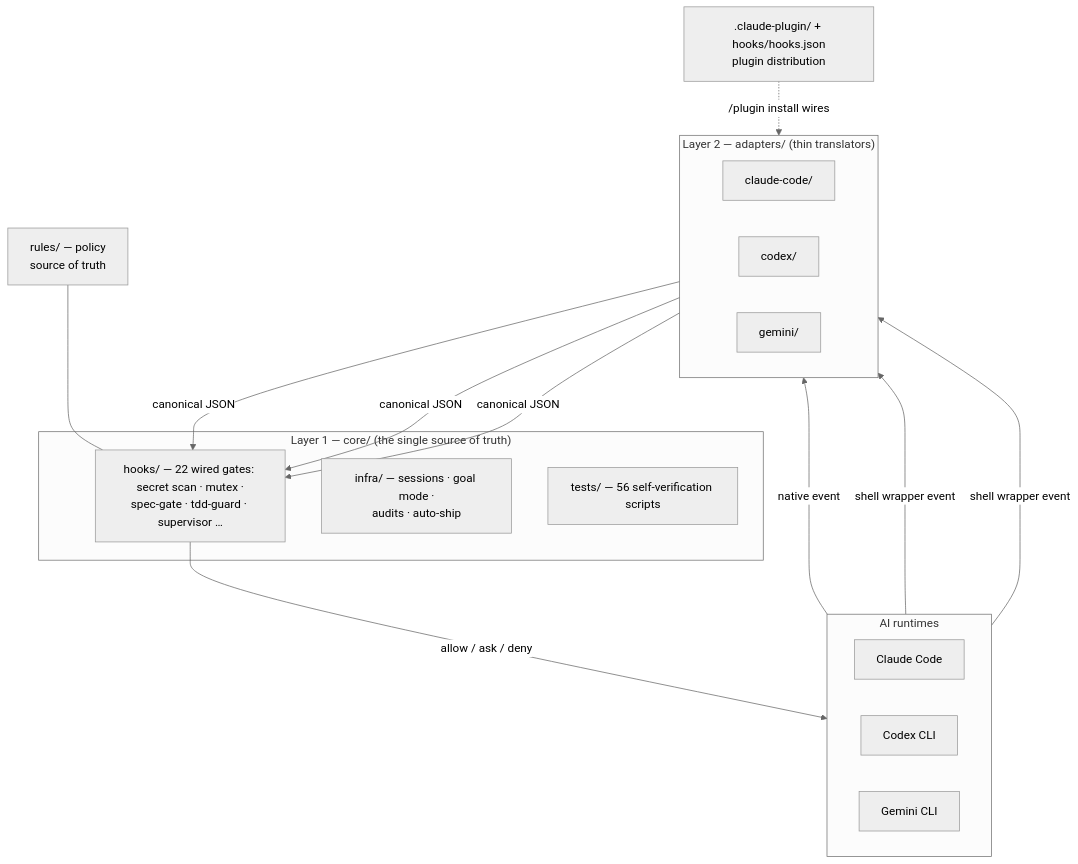
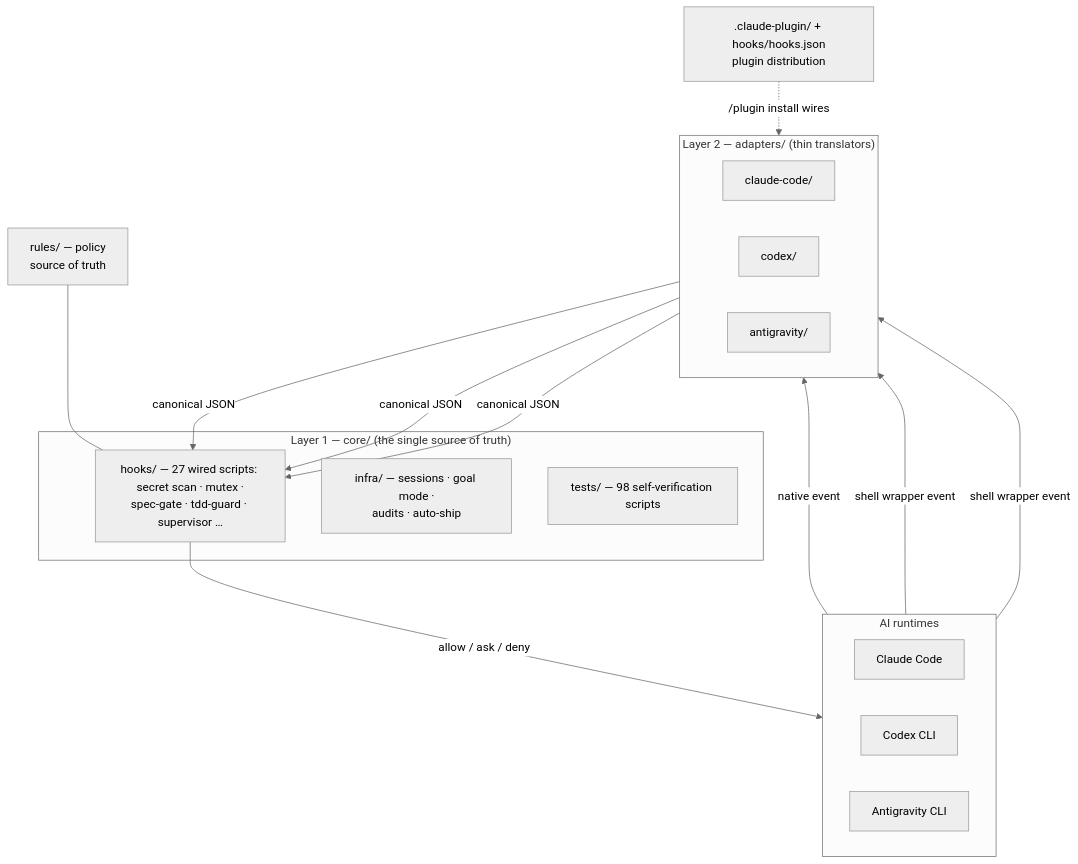
The second of 5 diagrams in README.md (joymin5655/Agent), drawn with Mermaid (neutral theme) before and after one commit. The commit also changed other lines of this file and 7 other files, not shown here.

````diff
--- a/README.md
+++ b/README.md
@@ -308,32 +316,32 @@
 ```mermaid
 flowchart TB
     subgraph RT["AI runtimes"]
         direction LR
         CC["Claude Code"]
         CX["Codex CLI"]
-        GM["Gemini CLI"]
+        GM["Antigravity CLI"]
     end
     subgraph AD["Layer 2 — adapters/ (thin translators)"]
         direction LR
         A1["claude-code/"]
         A2["codex/"]
-        A3["gemini/"]
+        A3["antigravity/"]
     end
     subgraph CORE["Layer 1 — core/ (the single source of truth)"]
-        H["hooks/ — 22 wired gates: secret scan · mutex ·<br/>spec-gate · tdd-guard · supervisor …"]
+        H["hooks/ — 27 wired scripts: secret scan · mutex ·<br/>spec-gate · tdd-guard · supervisor …"]
         I["infra/ — sessions · goal mode ·<br/>audits · auto-ship"]
-        T["tests/ — 56 self-verification scripts"]
+        T["tests/ — 98 self-verification scripts"]
     end
     R["rules/ — policy<br/>source of truth"]
     PLUG[".claude-plugin/ + hooks/hooks.json<br/>plugin distribution"]
 
     CC -->|native event| A1
     CX -->|shell wrapper event| A2
     GM -->|shell wrapper event| A3
     A1 -->|canonical JSON| H
     A2 -->|canonical JSON| H
     A3 -->|canonical JSON| H
     H -->|"allow / ask / deny"| RT
     R --- H
     PLUG -. "/plugin install wires" .-> A1
 ```
````
